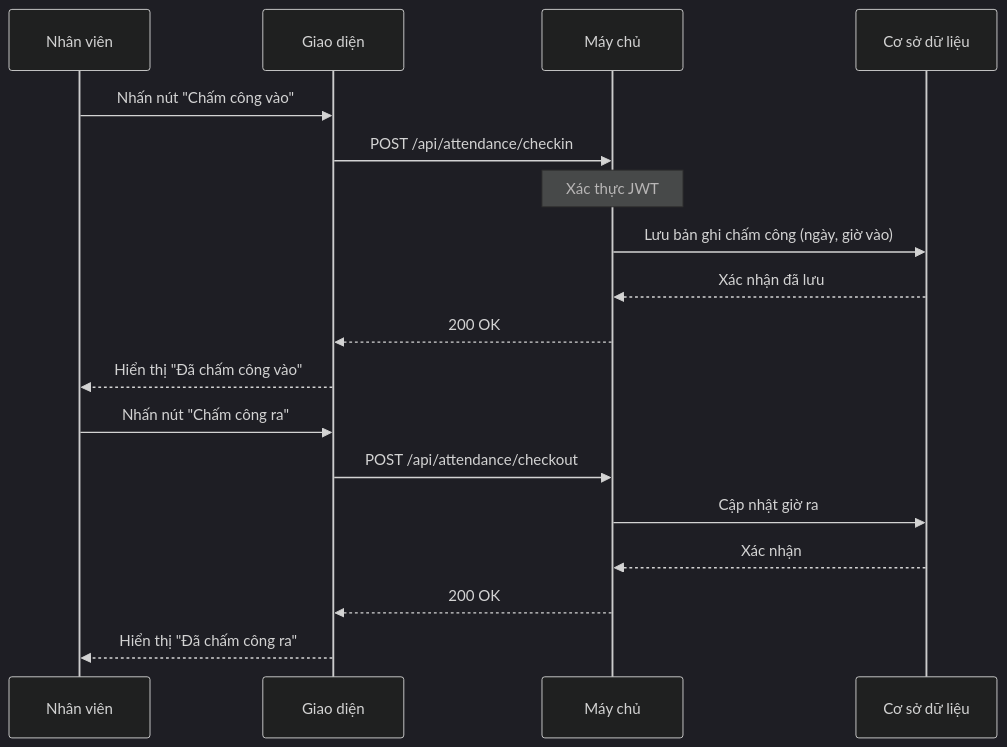
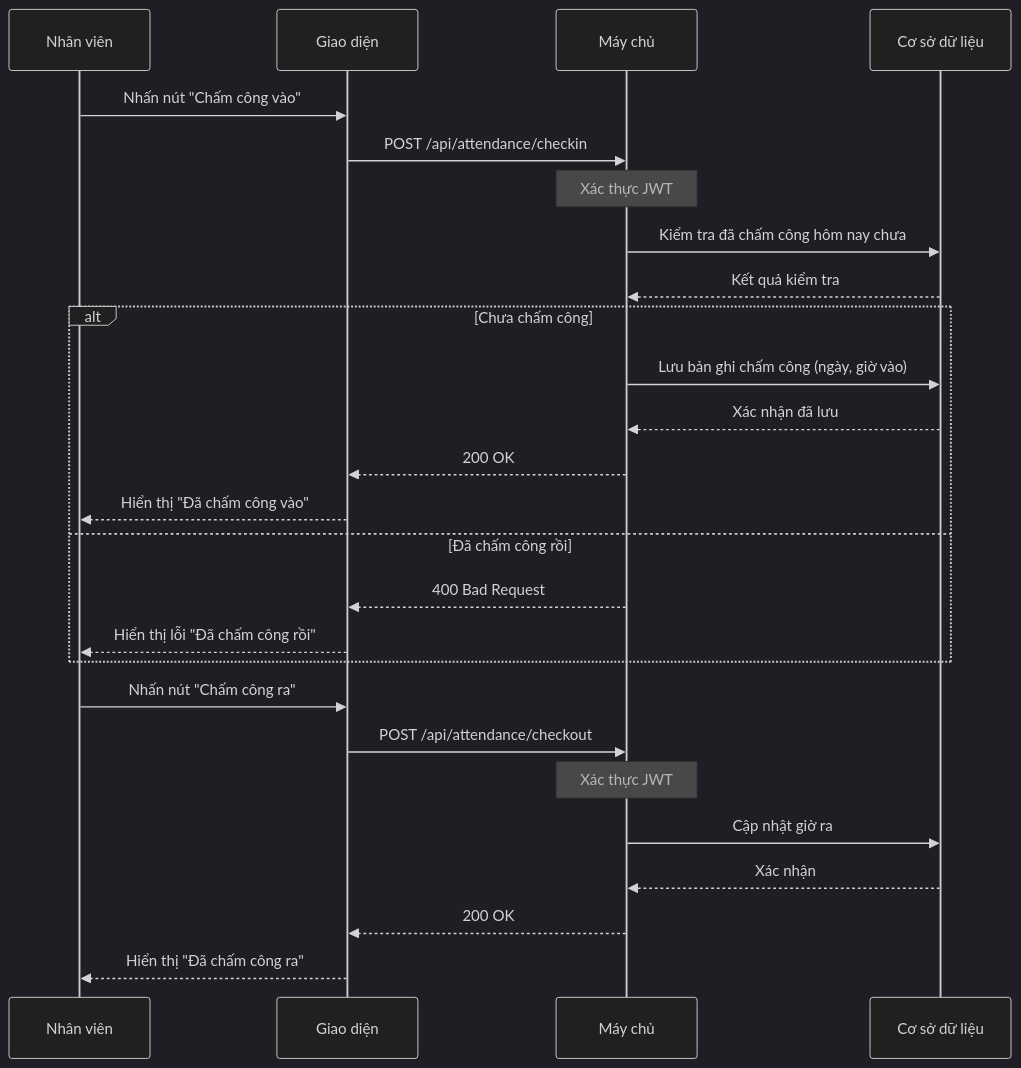
One commit to nhathao428/taskhub changed the eighth of 17 diagrams in docs/UML_DIAGRAMS.md. Above: the diagram before and after it, drawn with Mermaid (dark theme). The commit also changed other lines of this file, not shown here.

First line of the commit message:
docs: update UML_DIAGRAMS.md with class diagram, fixed AI sequence, and activity diagrams

````diff
--- a/docs/UML_DIAGRAMS.md
+++ b/docs/UML_DIAGRAMS.md
@@ -104,22 +261,30 @@
 ```mermaid
 sequenceDiagram
     participant NV as Nhân viên
     participant FE as Giao diện
     participant BE as Máy chủ
     participant DB as Cơ sở dữ liệu
 
     NV->>FE: Nhấn nút "Chấm công vào"
     FE->>BE: POST /api/attendance/checkin
     Note over BE: Xác thực JWT
-    BE->>DB: Lưu bản ghi chấm công (ngày, giờ vào)
-    DB-->>BE: Xác nhận đã lưu
-    BE-->>FE: 200 OK
-    FE-->>NV: Hiển thị "Đã chấm công vào"
+    BE->>DB: Kiểm tra đã chấm công hôm nay chưa
+    DB-->>BE: Kết quả kiểm tra
+    alt Chưa chấm công
+        BE->>DB: Lưu bản ghi chấm công (ngày, giờ vào)
+        DB-->>BE: Xác nhận đã lưu
+        BE-->>FE: 200 OK
+        FE-->>NV: Hiển thị "Đã chấm công vào"
+    else Đã chấm công rồi
+        BE-->>FE: 400 Bad Request
+        FE-->>NV: Hiển thị lỗi "Đã chấm công rồi"
+    end
 
     NV->>FE: Nhấn nút "Chấm công ra"
     FE->>BE: POST /api/attendance/checkout
+    Note over BE: Xác thực JWT
     BE->>DB: Cập nhật giờ ra
     DB-->>BE: Xác nhận
     BE-->>FE: 200 OK
     FE-->>NV: Hiển thị "Đã chấm công ra"
 ```
````
